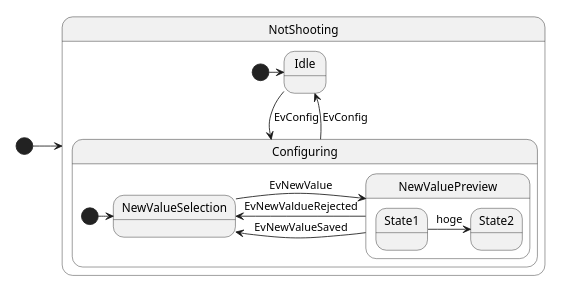
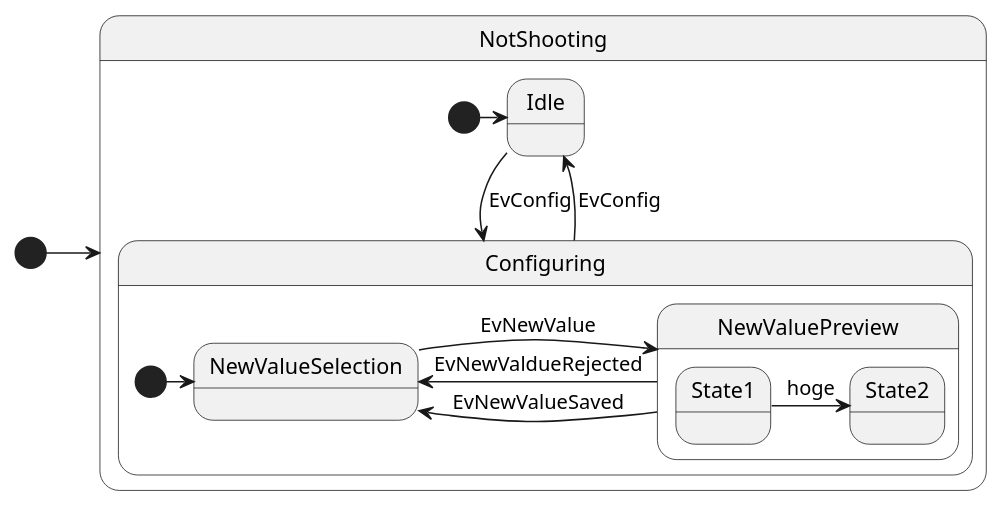
Before and after one commit to MossanDayo/oneDraw_uml: the diagram in state_machine/test.puml, drawn with PlantUML. The commit also changed 3 other files, not shown here.

```diff
--- a/state_machine/test.puml
+++ b/state_machine/test.puml
@@ -1,22 +1,21 @@
-@startuml
-scale 350 width
+@startuml test
 [*] -> NotShooting
 
 state NotShooting {
   [*] -> Idle
   Idle --> Configuring : EvConfig
   Configuring --> Idle : EvConfig
 }
 
 state Configuring {
   [*] -> NewValueSelection
   NewValueSelection -> NewValuePreview : EvNewValue
   NewValuePreview -> NewValueSelection : EvNewValdueRejected
   NewValuePreview -> NewValueSelection : EvNewValueSaved
 
   state NewValuePreview {
      State1 -> State2 : hoge
   }
 
 }
 @enduml
```
